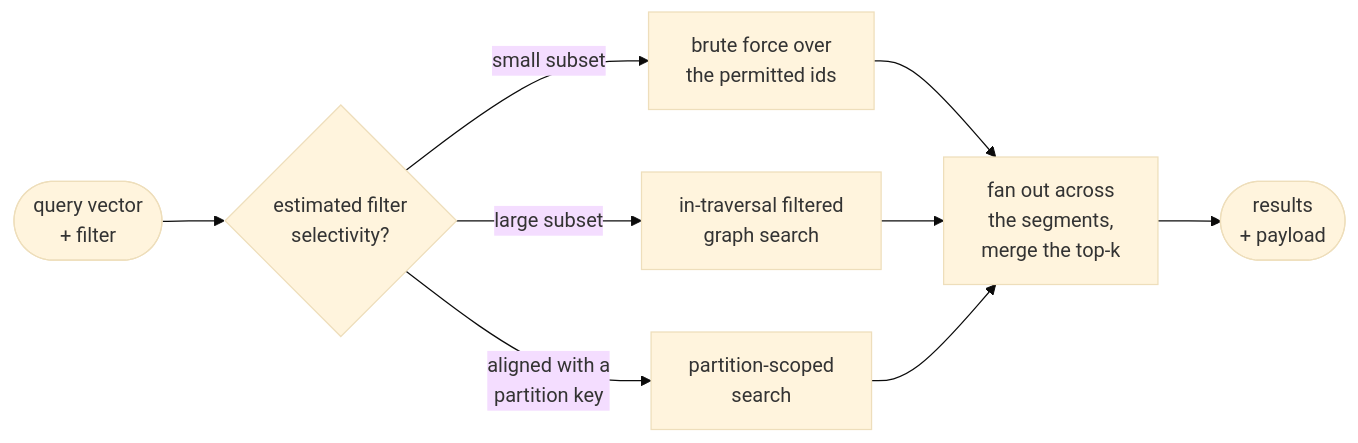
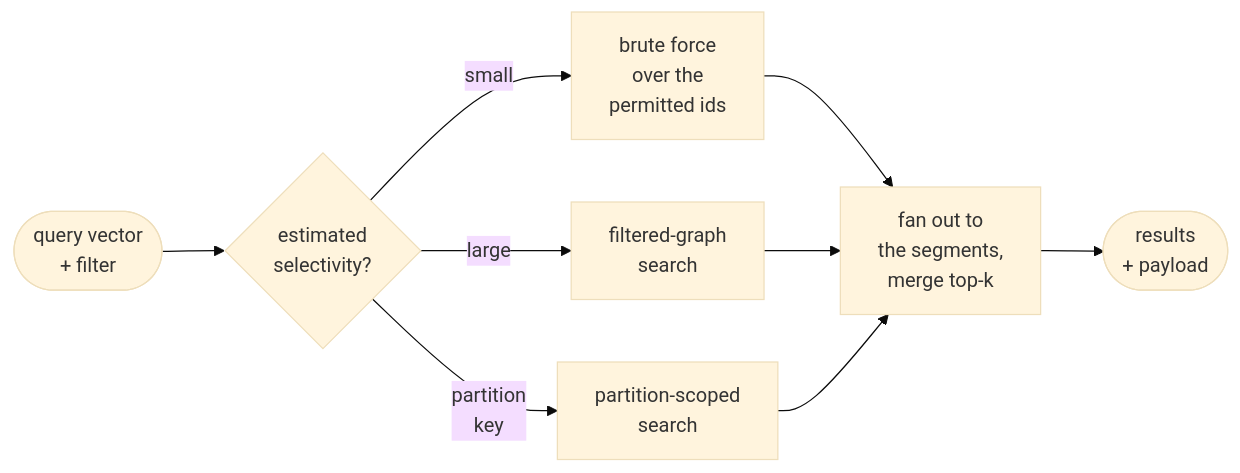
One commit to aniryou/full-stack-agentic-engineer changed the third of 4 diagrams in 07-application-agent-framework/retrieval-rag/vector-databases-primer.md. Above: the diagram before and after it, drawn with Mermaid (base theme). The commit also changed other lines of this file and 9 other files, not shown here.

First line of the commit message:
WIP snapshot: the figure round (charts, improvements, additions) in progress (2026-10-30T18:48:48Z); not validated [skip ci]

````diff
--- a/07-application-agent-framework/retrieval-rag/vector-databases-primer.md
+++ b/07-application-agent-framework/retrieval-rag/vector-databases-primer.md
@@ -224,11 +252,11 @@
 ```mermaid
 flowchart LR
-  Q(["query vector<br/>+ filter"]) --> E{"estimated filter<br/>selectivity?"}
-  E -->|"small subset"| B["brute force over<br/>the permitted ids"]
-  E -->|"large subset"| T["in-traversal filtered<br/>graph search"]
-  E -->|"aligned with a<br/>partition key"| P["partition-scoped<br/>search"]
-  B --> F["fan out across<br/>the segments,<br/>merge the top-k"]
+  Q(["query vector<br/>+ filter"]) --> E{"estimated<br/>selectivity?"}
+  E -->|"small"| B["brute force<br/>over the<br/>permitted ids"]
+  E -->|"large"| T["filtered-graph<br/>search"]
+  E -->|"partition<br/>key"| P["partition-scoped<br/>search"]
+  B --> F["fan out to<br/>the segments,<br/>merge top-k"]
   T --> F
   P --> F
   F --> O(["results<br/>+ payload"])
 ```
````
